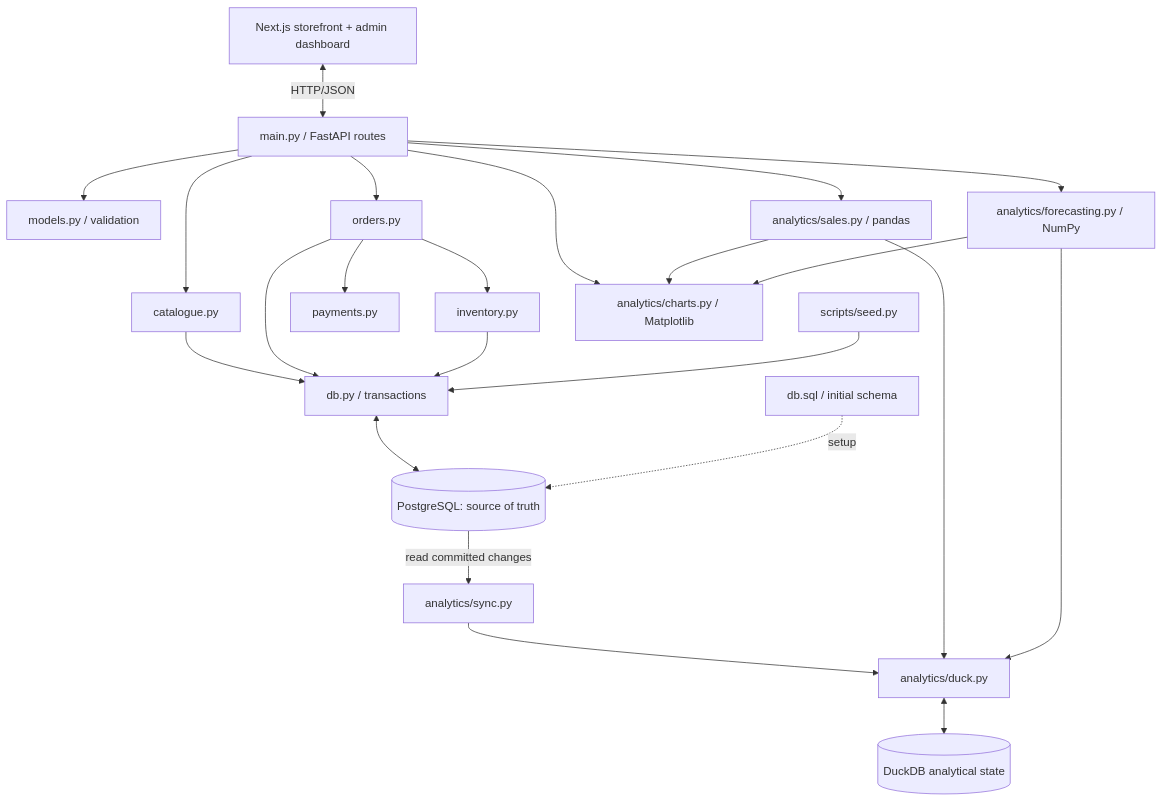
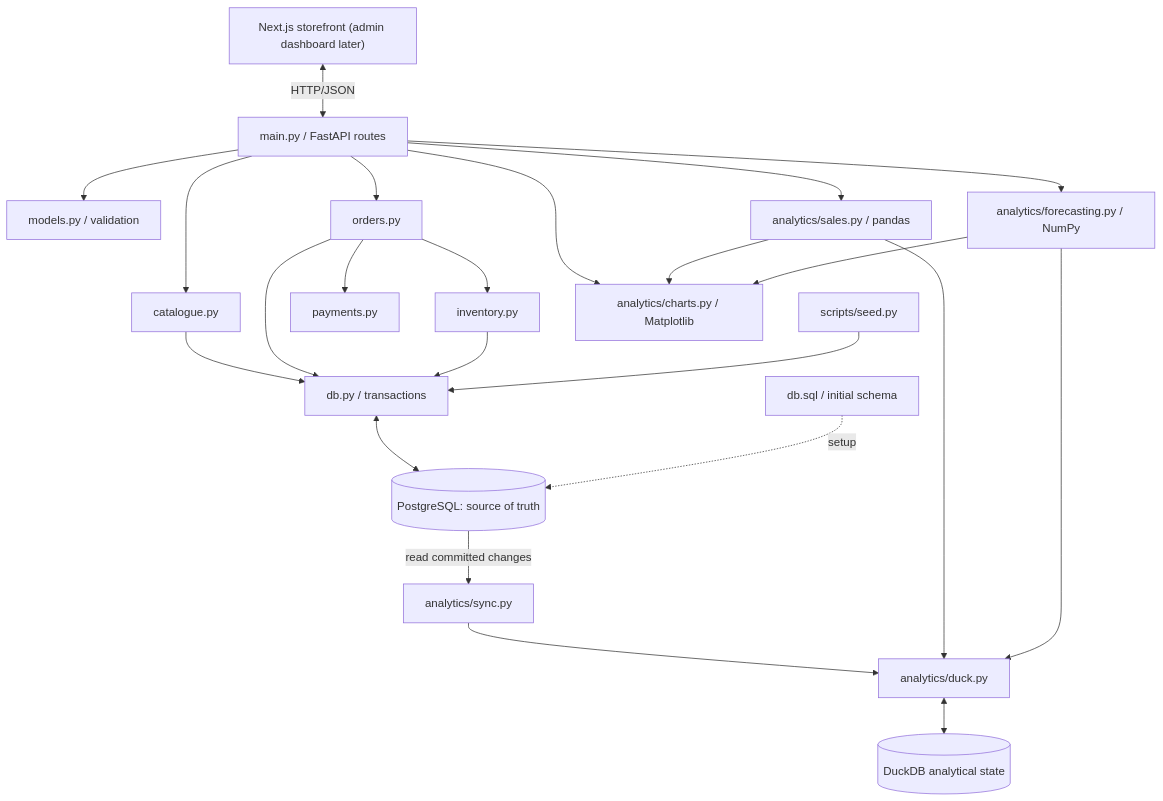
One commit to 0xEl1yahu/commercelab changed the diagram in README.md. Above: the diagram before and after it, drawn with Mermaid. The commit also changed other lines of this file and 2 other files, not shown here.

Commit message:
docs: storefront backend and frontend in architecture, README and AGENTS

````diff
--- a/README.md
+++ b/README.md
@@ -32,43 +104,43 @@
 ```mermaid
 flowchart TD
-    UI["Next.js storefront + admin dashboard"]
+    UI["Next.js storefront (admin dashboard later)"]
     API["main.py / FastAPI routes"]
     MODELS["models.py / validation"]
     CAT["catalogue.py"]
     ORD["orders.py"]
     INV["inventory.py"]
     PAY["payments.py"]
     DB["db.py / transactions"]
     PG[("PostgreSQL: source of truth")]
     SCHEMA["db.sql / initial schema"]
     SEED["scripts/seed.py"]
     SYNC["analytics/sync.py"]
     DUCK["analytics/duck.py"]
     DDB[("DuckDB analytical state")]
     SALES["analytics/sales.py / pandas"]
     FORECAST["analytics/forecasting.py / NumPy"]
     CHARTS["analytics/charts.py / Matplotlib"]
 
     UI <-->|HTTP/JSON| API
     API --> MODELS
     API --> CAT
     API --> ORD
     API --> SALES
     API --> FORECAST
     API --> CHARTS
     ORD --> INV
     ORD --> PAY
     CAT --> DB
     ORD --> DB
     INV --> DB
     DB <--> PG
     SCHEMA -.->|setup| PG
     SEED --> DB
     PG -->|read committed changes| SYNC
     SYNC --> DUCK
     DUCK <--> DDB
     SALES --> DUCK
     FORECAST --> DUCK
     SALES --> CHARTS
     FORECAST --> CHARTS
 ```
````
